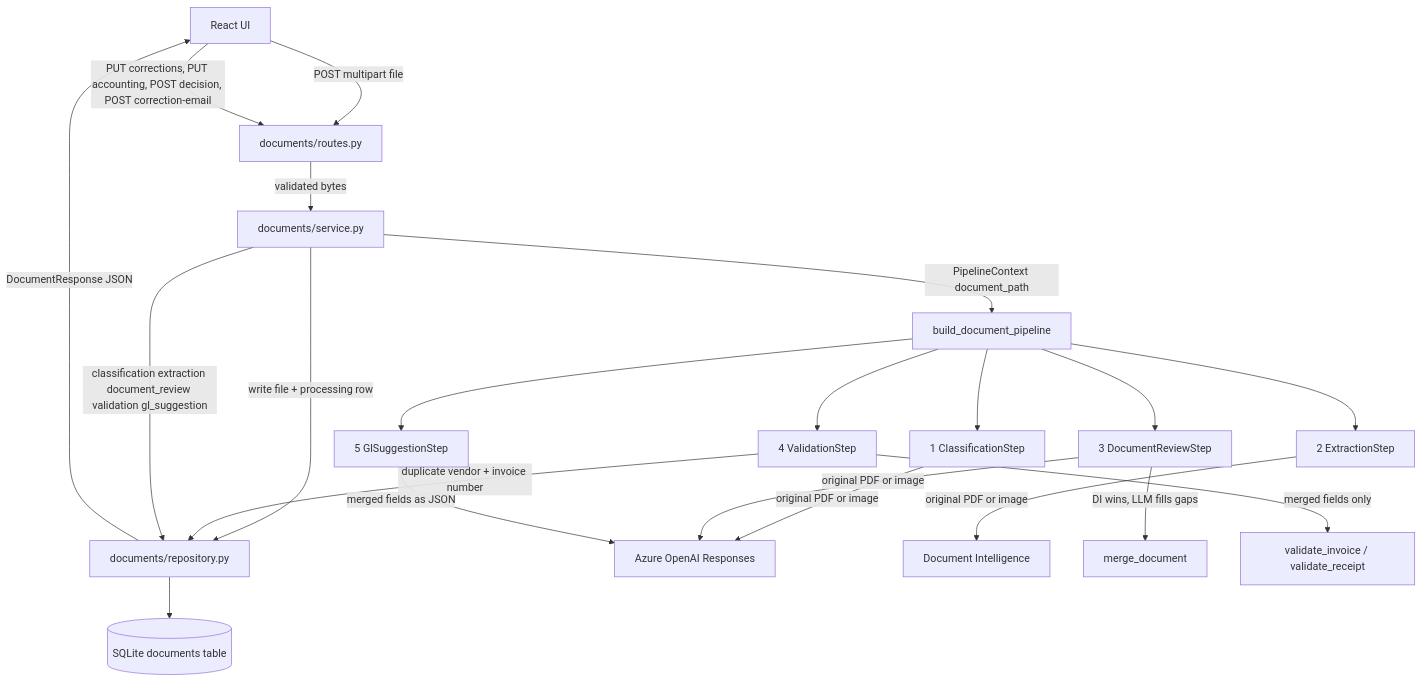
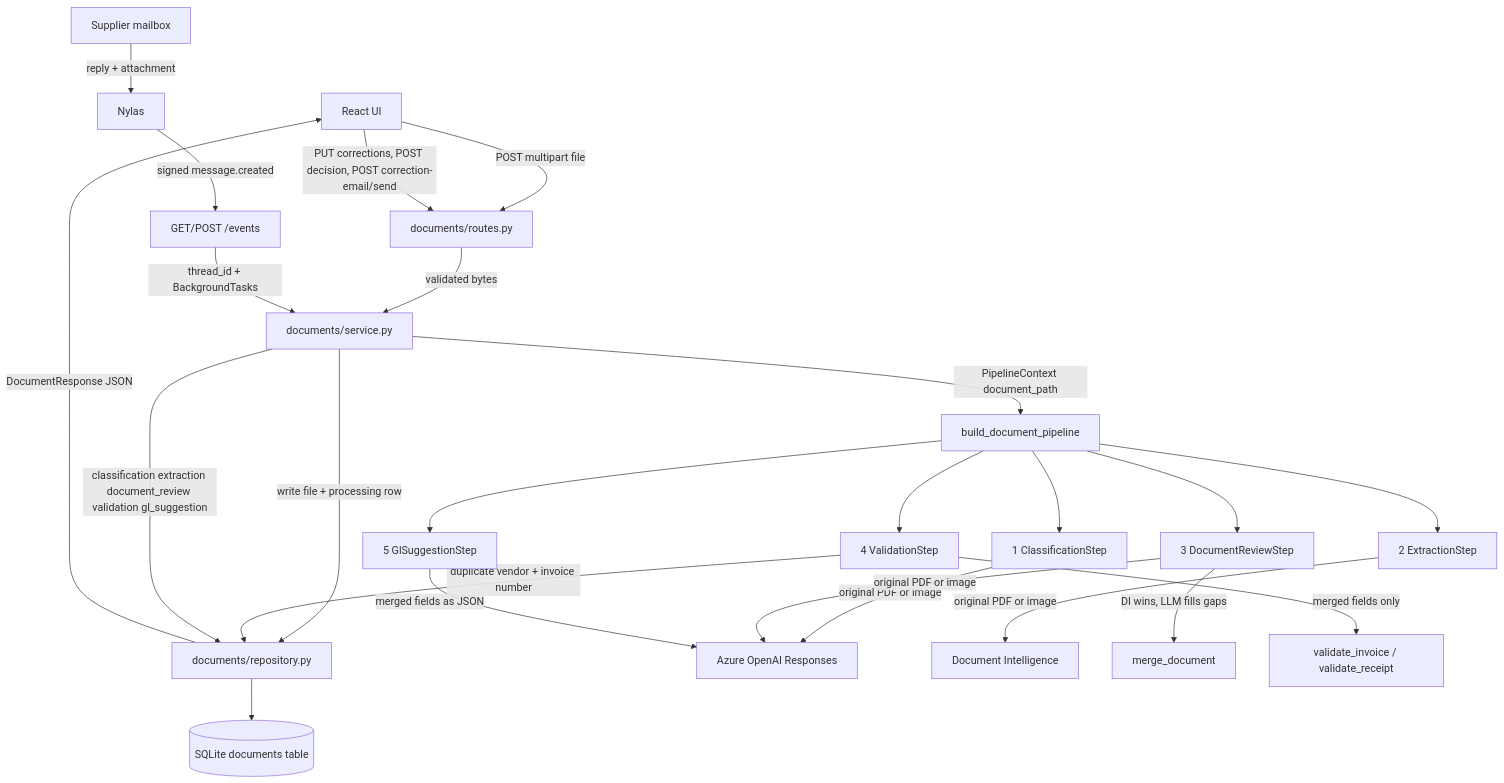
Before and after one commit to noelogbuagu/e2e-invoice-review: the first of 2 diagrams in docs/how-it-works.md, drawn with Mermaid. The commit also changed other lines of this file and 31 other files, not shown here.

First line of the commit message:
Send supplier corrections through Nylas and review the reply in place.

````diff
--- a/docs/how-it-works.md
+++ b/docs/how-it-works.md
@@ -25,23 +25,26 @@
 ```mermaid
 flowchart TD
     ui[React UI] -->|POST multipart file| routes[documents/routes.py]
     routes -->|validated bytes| service[documents/service.py]
     service -->|write file + processing row| repo[documents/repository.py]
     repo --> sqlite[(SQLite documents table)]
     service -->|PipelineContext document_path| pipeline[build_document_pipeline]
     pipeline --> classify[1 ClassificationStep]
     pipeline --> extract[2 ExtractionStep]
     pipeline --> review[3 DocumentReviewStep]
     pipeline --> validate[4 ValidationStep]
     pipeline --> gl[5 GlSuggestionStep]
     classify -->|original PDF or image| openai[Azure OpenAI Responses]
     extract -->|original PDF or image| di[Document Intelligence]
     review -->|original PDF or image| openai
     review -->|DI wins, LLM fills gaps| merge[merge_document]
     validate -->|merged fields only| policy[validate_invoice / validate_receipt]
     gl -->|merged fields as JSON| openai
     validate -->|duplicate vendor + invoice number| repo
     service -->|classification extraction document_review validation gl_suggestion| repo
     repo -->|DocumentResponse JSON| ui
-    ui -->|PUT corrections, PUT accounting, POST decision, POST correction-email| routes
+    ui -->|PUT corrections, POST decision, POST correction-email/send| routes
+    supplier[Supplier mailbox] -->|reply + attachment| nylas[Nylas]
+    nylas -->|signed message.created| events[GET/POST /events]
+    events -->|thread_id + BackgroundTasks| service
 ```
````
